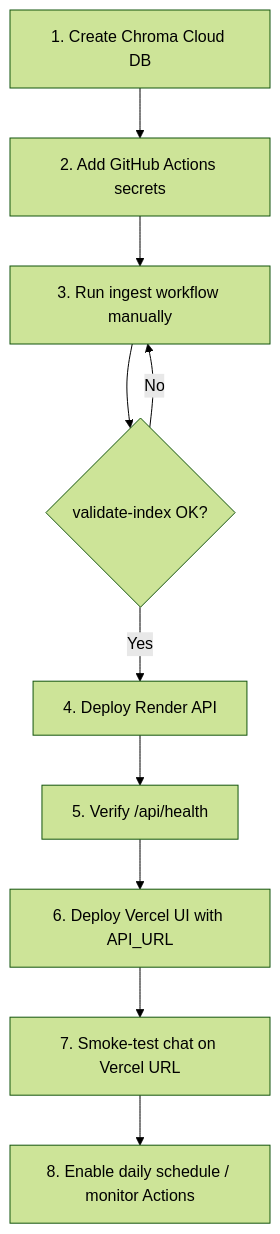
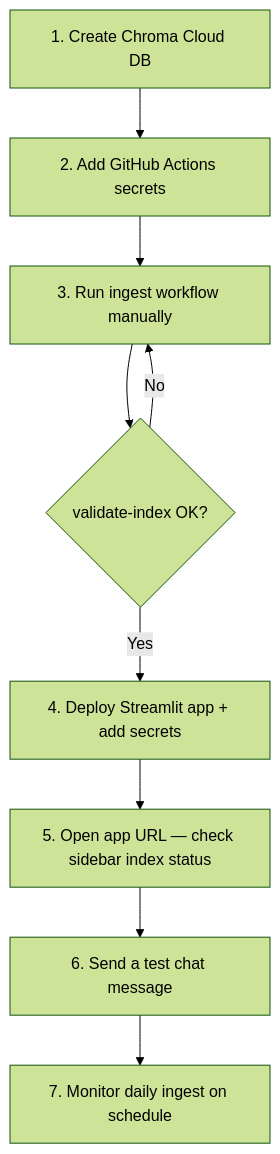
One commit to Nilesh272/RAG-Mutual-Fund-FAQ-Assistant-Facts-Only-Q-A- changed the second of 2 diagrams in docs/deployment-plan.md. Above: the diagram before and after it, drawn with Mermaid (forest theme). The commit also changed other lines of this file and 4 other files, not shown here.

````diff
--- a/docs/deployment-plan.md
+++ b/docs/deployment-plan.md
@@ -258,12 +315,11 @@
 ```mermaid
 flowchart TD
     A[1. Create Chroma Cloud DB] --> B[2. Add GitHub Actions secrets]
     B --> C[3. Run ingest workflow manually]
     C --> D{validate-index OK?}
     D -->|No| C
-    D -->|Yes| E[4. Deploy Render API]
-    E --> F[5. Verify /api/health]
-    F --> G[6. Deploy Vercel UI with API_URL]
-    G --> H[7. Smoke-test chat on Vercel URL]
-    H --> I[8. Enable daily schedule / monitor Actions]
+    D -->|Yes| E[4. Deploy Streamlit app + add secrets]
+    E --> F[5. Open app URL — check sidebar index status]
+    F --> G[6. Send a test chat message]
+    G --> H[7. Monitor daily ingest on schedule]
 ```
````
